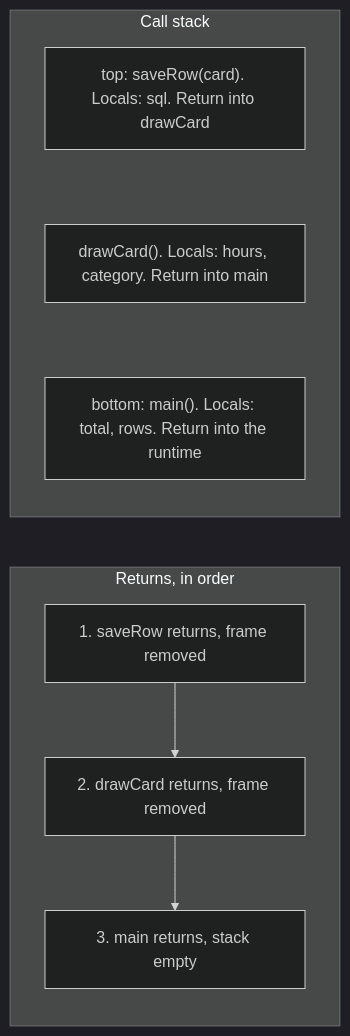
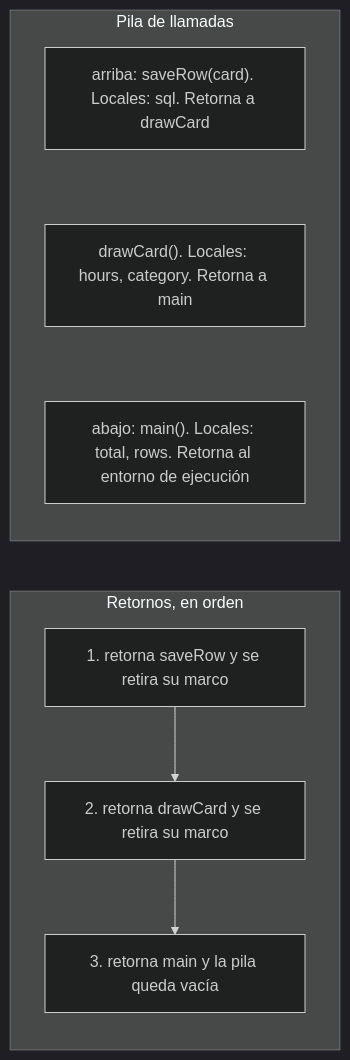
Before and after one commit to dullroar/aprende-a-programar-como-un-bicho-raro: the diagram in lessons/cs-source/concepts/call-stack.md, drawn with Mermaid (dark theme). The commit also changed other lines of this file and 43 other files, not shown here.

````diff
--- a/lessons/cs-source/concepts/call-stack.md
+++ b/lessons/cs-source/concepts/call-stack.md
@@ -8,14 +8,14 @@
 ```mermaid
 flowchart TB
-    accTitle: The call stack records where execution is and what each active call still needs
-    accDescr: Two parts. On the left is a call stack with three frames, with the newest frame on top. The top frame is saveRow, with its argument, its local variable and a return address into drawCard. Below it is drawCard, with its locals and a return address into main. At the bottom is main, with its locals and a return address into the runtime. On the right are the returns in order. First saveRow returns and its frame is removed. Then drawCard returns. Then main returns.
-    subgraph STACK["Call stack"]
+    accTitle: La pila de llamadas registra dónde va la ejecución y qué le falta a cada llamada activa
+    accDescr: Dos partes. A la izquierda hay una pila de llamadas con tres marcos. El más reciente está arriba. El marco superior es de saveRow. Contiene su argumento, su variable local y una dirección de retorno a drawCard. Debajo está el de drawCard, con sus variables locales y una dirección de retorno a main. Abajo está el de main, con sus variables locales y una dirección de retorno al entorno de ejecución. A la derecha están los retornos en orden. Primero retorna saveRow y se retira su marco. Luego retorna drawCard. Por último retorna main.
+    subgraph STACK["Pila de llamadas"]
         direction TB
-        f3["top: saveRow(card). Locals: sql. Return into drawCard"] ~~~ f2["drawCard(). Locals: hours, category. Return into main"] ~~~ f1["bottom: main(). Locals: total, rows. Return into the runtime"]
+        f3["arriba: saveRow(card). Locales: sql. Retorna a drawCard"] ~~~ f2["drawCard(). Locales: hours, category. Retorna a main"] ~~~ f1["abajo: main(). Locales: total, rows. Retorna al entorno de ejecución"]
     end
-    subgraph RET["Returns, in order"]
+    subgraph RET["Retornos, en orden"]
         direction TB
-        r1["1. saveRow returns, frame removed"] --> r2["2. drawCard returns, frame removed"] --> r3["3. main returns, stack empty"]
+        r1["1. retorna saveRow y se retira su marco"] --> r2["2. retorna drawCard y se retira su marco"] --> r3["3. retorna main y la pila queda vacía"]
     end
     STACK ~~~ RET
 ```
````
